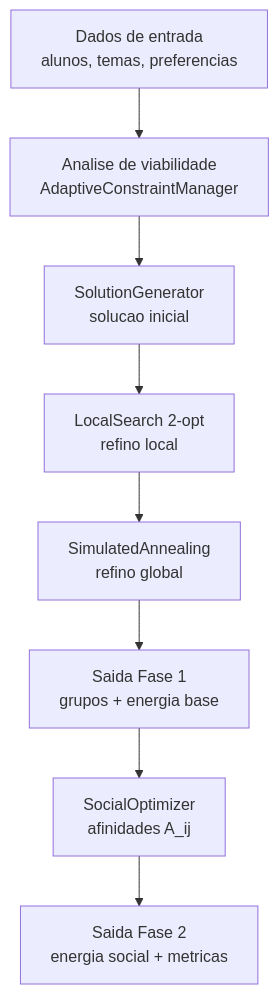
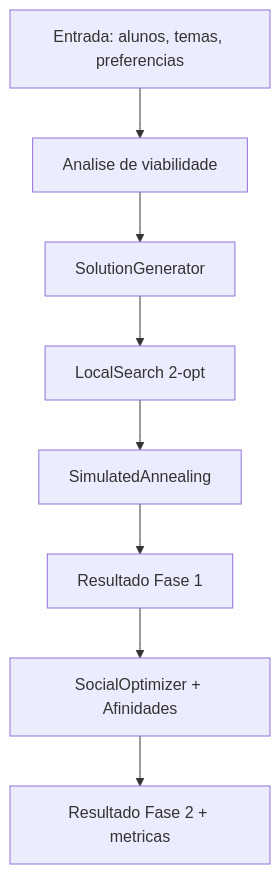
The first of 2 diagrams in README.md (schaberle/sistema_curriularizacao), drawn with Mermaid before and after one commit. The commit also changed other lines of this file and 1 other file, not shown here.

````diff
--- a/README.md
+++ b/README.md
@@ -873,10 +349,10 @@
 ```mermaid
 flowchart TD
-  A[Dados de entrada<br/>alunos, temas, preferencias] --> B[Analise de viabilidade<br/>AdaptiveConstraintManager]
-  B --> C[SolutionGenerator<br/>solucao inicial]
-  C --> D[LocalSearch 2-opt<br/>refino local]
-  D --> E[SimulatedAnnealing<br/>refino global]
-  E --> F[Saida Fase 1<br/>grupos + energia base]
-  F --> G[SocialOptimizer<br/>afinidades A_ij]
-  G --> H[Saida Fase 2<br/>energia social + metricas]
+  A[Entrada: alunos, temas, preferencias] --> B[Analise de viabilidade]
+  B --> C[SolutionGenerator]
+  C --> D[LocalSearch 2-opt]
+  D --> E[SimulatedAnnealing]
+  E --> F[Resultado Fase 1]
+  F --> G[SocialOptimizer + Afinidades]
+  G --> H[Resultado Fase 2 + metricas]
 ```
````
